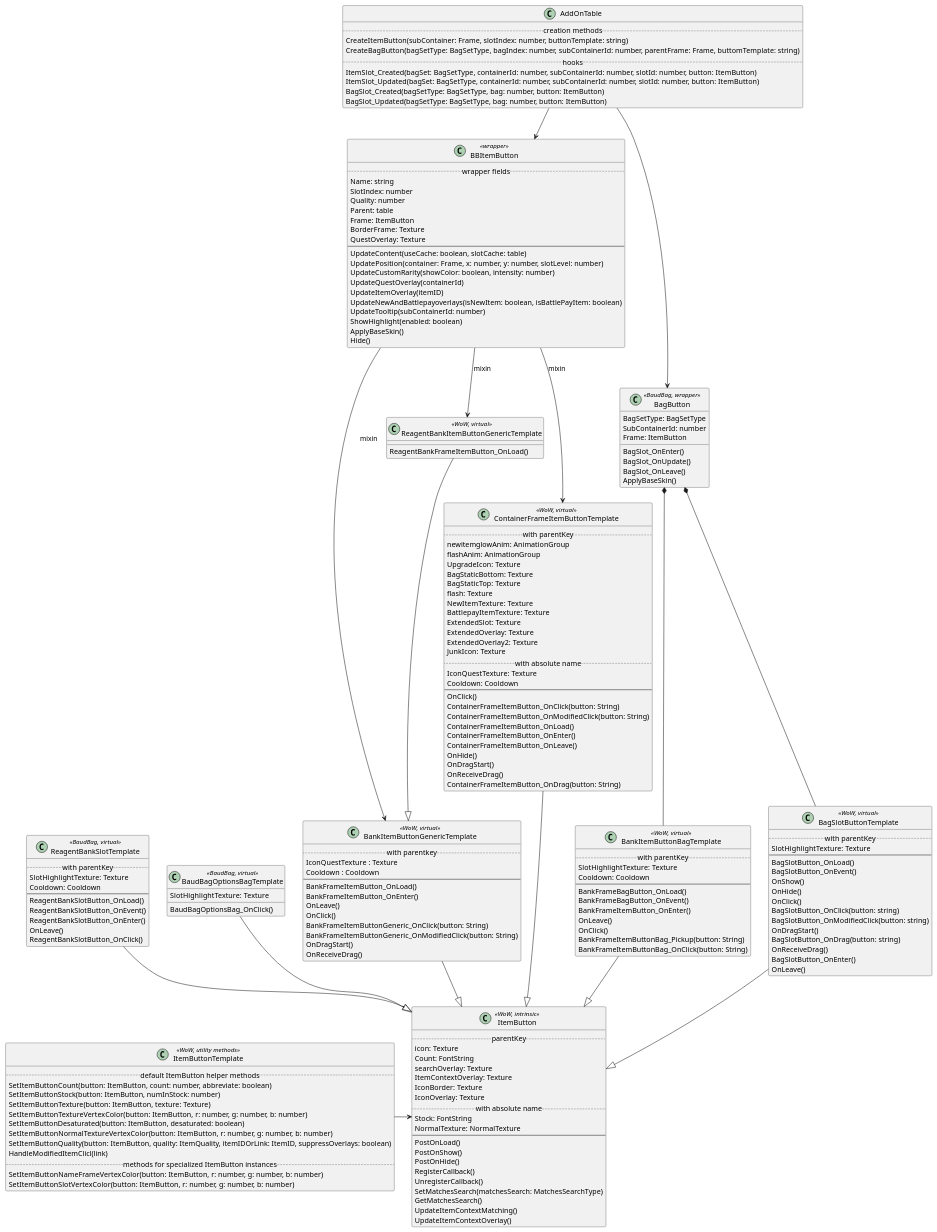
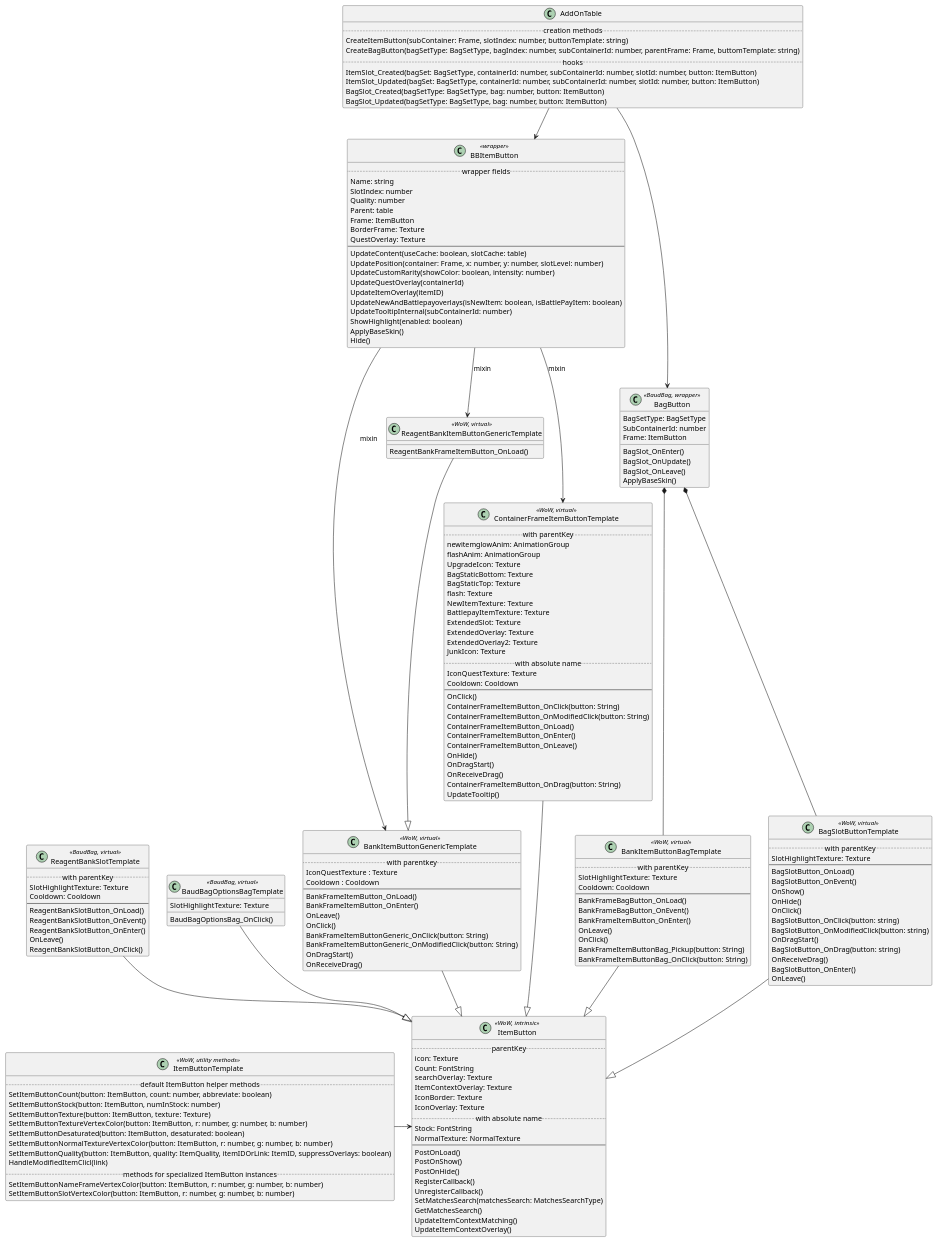
One commit to gsnerf/Baud-Bag changed the diagram in docs/ItemButton_Classes.puml. Above: the diagram before and after it, drawn with PlantUML.

Commit message:
Updated doc to renaming.

```diff
--- a/docs/ItemButton_Classes.puml
+++ b/docs/ItemButton_Classes.puml
@@ -133,6 +133,7 @@
     OnDragStart()
     OnReceiveDrag()
     ContainerFrameItemButton_OnDrag(button: String)
+    UpdateTooltip()
 }
 
 class BBItemButton << wrapper >> {
@@ -151,7 +152,7 @@
     UpdateQuestOverlay(containerId)
     UpdateItemOverlay(itemID)
     UpdateNewAndBattlepayoverlays(isNewItem: boolean, isBattlePayItem: boolean)
-    UpdateTooltip(subContainerId: number)
+    UpdateTooltipInternal(subContainerId: number)
     ShowHighlight(enabled: boolean)
     ApplyBaseSkin()
     Hide()
```
